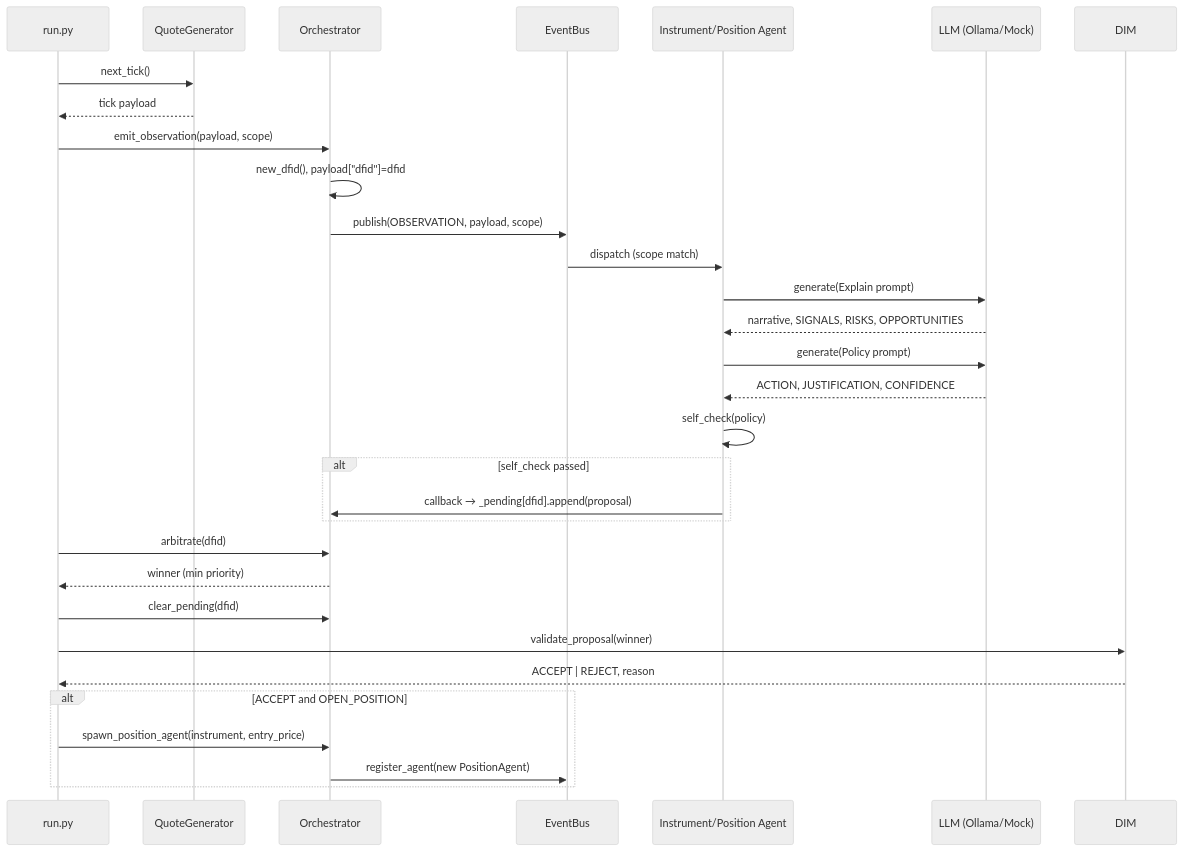
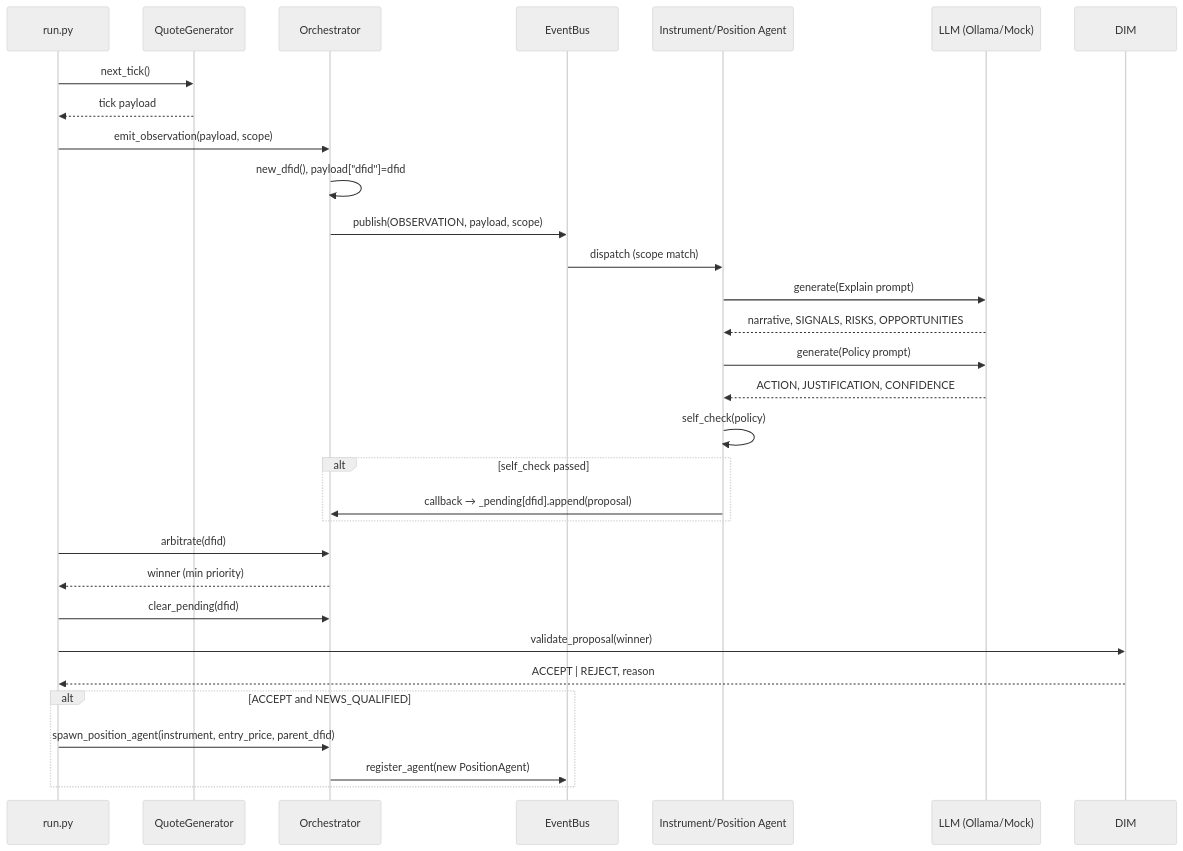
Before and after one commit to huka81/decision-intelligence-runtime: the second of 4 diagrams in samples/31_finance_trading/README.md, drawn with Mermaid (neutral theme). The commit also changed other lines of this file and 12 other files, not shown here.

````diff
--- a/samples/31_finance_trading/README.md
+++ b/samples/31_finance_trading/README.md
@@ -125,34 +273,34 @@
 ```mermaid
 sequenceDiagram
     participant Run as run.py
     participant QG as QuoteGenerator
     participant Orch as Orchestrator
     participant Bus as EventBus
     participant Agent as Instrument/Position Agent
     participant LLM as LLM (Ollama/Mock)
     participant DIM as DIM
 
     Run->>QG: next_tick()
     QG-->>Run: tick payload
     Run->>Orch: emit_observation(payload, scope)
     Orch->>Orch: new_dfid(), payload["dfid"]=dfid
     Orch->>Bus: publish(OBSERVATION, payload, scope)
     Bus->>Agent: dispatch (scope match)
     Agent->>LLM: generate(Explain prompt)
     LLM-->>Agent: narrative, SIGNALS, RISKS, OPPORTUNITIES
     Agent->>LLM: generate(Policy prompt)
     LLM-->>Agent: ACTION, JUSTIFICATION, CONFIDENCE
     Agent->>Agent: self_check(policy)
     alt self_check passed
         Agent->>Orch: callback → _pending[dfid].append(proposal)
     end
     Run->>Orch: arbitrate(dfid)
     Orch-->>Run: winner (min priority)
     Run->>Orch: clear_pending(dfid)
     Run->>DIM: validate_proposal(winner)
     DIM-->>Run: ACCEPT | REJECT, reason
-    alt ACCEPT and OPEN_POSITION
-        Run->>Orch: spawn_position_agent(instrument, entry_price)
+    alt ACCEPT and NEWS_QUALIFIED
+        Run->>Orch: spawn_position_agent(instrument, entry_price, parent_dfid)
         Orch->>Bus: register_agent(new PositionAgent)
     end
 ```
````
